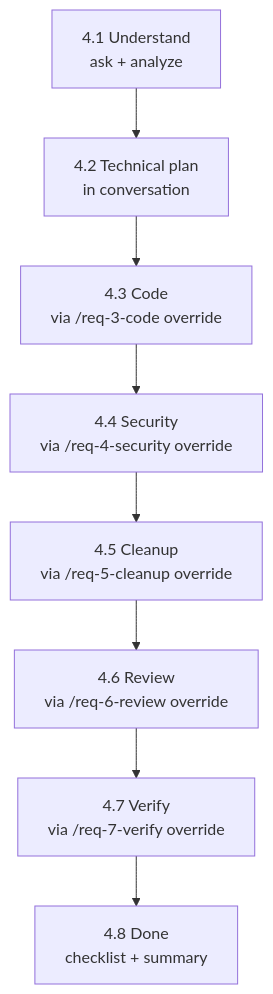
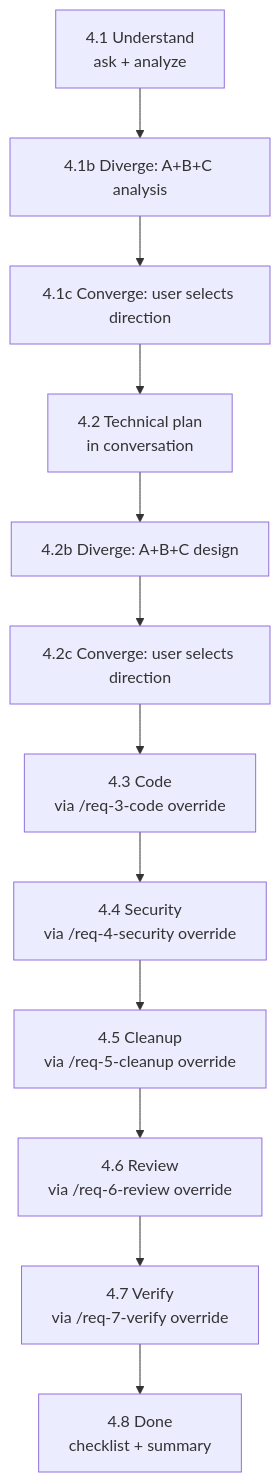
One commit to GOODDAYDAY/my-skills changed the fourth of 5 diagrams in task/SKILL.md. Above: the diagram before and after it, drawn with Mermaid. The commit also changed other lines of this file and 3 other files, not shown here.

First line of the commit message:
feat(diverge-converge): introduce pattern + downstream-stage preview

````diff
--- a/task/SKILL.md
+++ b/task/SKILL.md
@@ -56,10 +56,14 @@
 ```mermaid
 flowchart TD
-    A[4.1 Understand\nask + analyze] --> B[4.2 Technical plan\nin conversation]
-    B --> C[4.3 Code\nvia /req-3-code override]
+    A[4.1 Understand\nask + analyze] --> A2[4.1b Diverge: A+B+C analysis]
+    A2 --> A3[4.1c Converge: user selects direction]
+    A3 --> B[4.2 Technical plan\nin conversation]
+    B --> B2[4.2b Diverge: A+B+C design]
+    B2 --> B3[4.2c Converge: user selects direction]
+    B3 --> C[4.3 Code\nvia /req-3-code override]
     C --> D[4.4 Security\nvia /req-4-security override]
     D --> E[4.5 Cleanup\nvia /req-5-cleanup override]
     E --> F[4.6 Review\nvia /req-6-review override]
     F --> G[4.7 Verify\nvia /req-7-verify override]
     G --> H[4.8 Done\nchecklist + summary]
 ```
````
